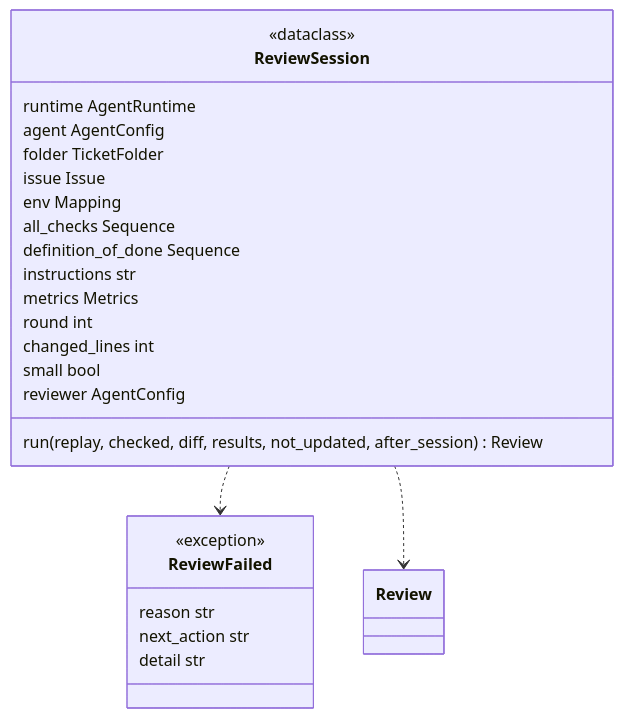
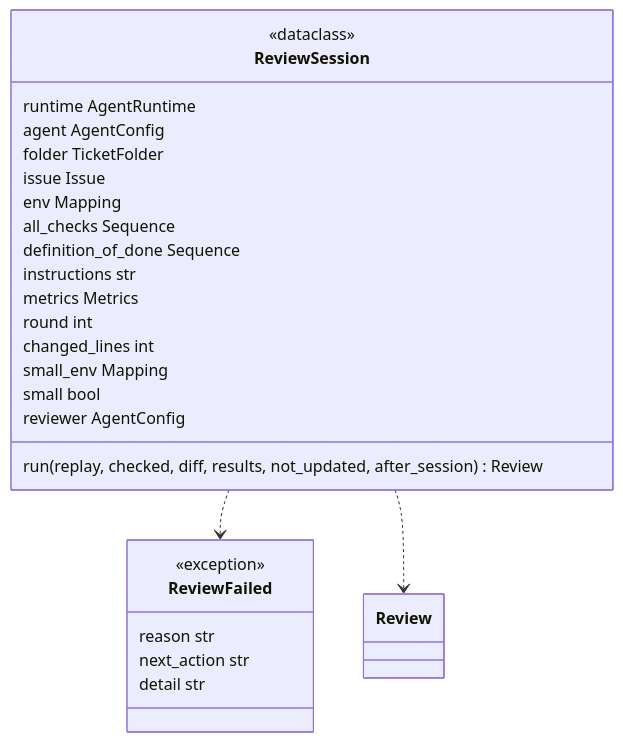
Before and after one commit to plaplanche/ariane: the second of 3 diagrams in docs/architecture/modules/review_session.md, drawn with Mermaid. The commit also changed other lines of this file and 13 other files, not shown here.

````diff
--- a/docs/architecture/modules/review_session.md
+++ b/docs/architecture/modules/review_session.md
@@ -47,28 +48,29 @@
 ```mermaid
 classDiagram
 class ReviewSession {
   <<dataclass>>
   runtime AgentRuntime
   agent AgentConfig
   folder TicketFolder
   issue Issue
   env Mapping
   all_checks Sequence
   definition_of_done Sequence
   instructions str
   metrics Metrics
   round int
   changed_lines int
+  small_env Mapping
   small bool
   reviewer AgentConfig
   run(replay, checked, diff, results, not_updated, after_session) Review
 }
 class ReviewFailed {
   <<exception>>
   reason str
   next_action str
   detail str
 }
 ReviewSession ..> ReviewFailed
 ReviewSession ..> Review
 ```
````
